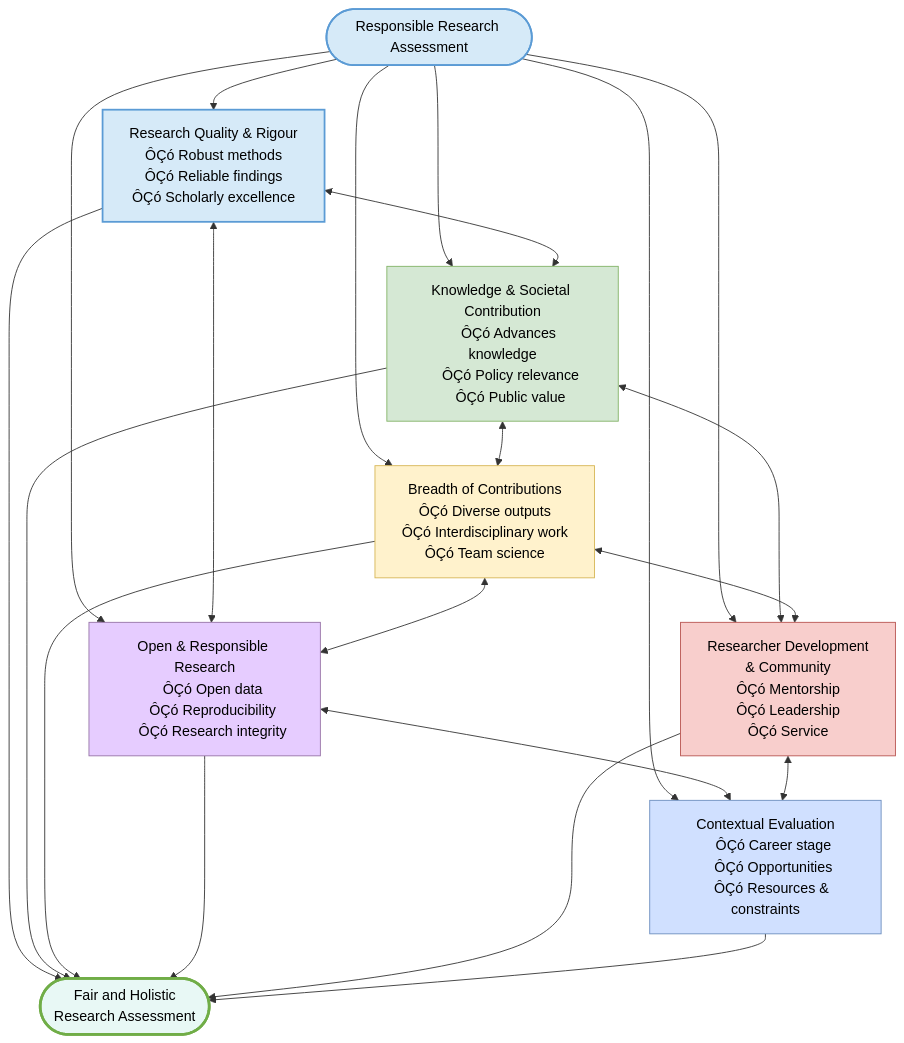
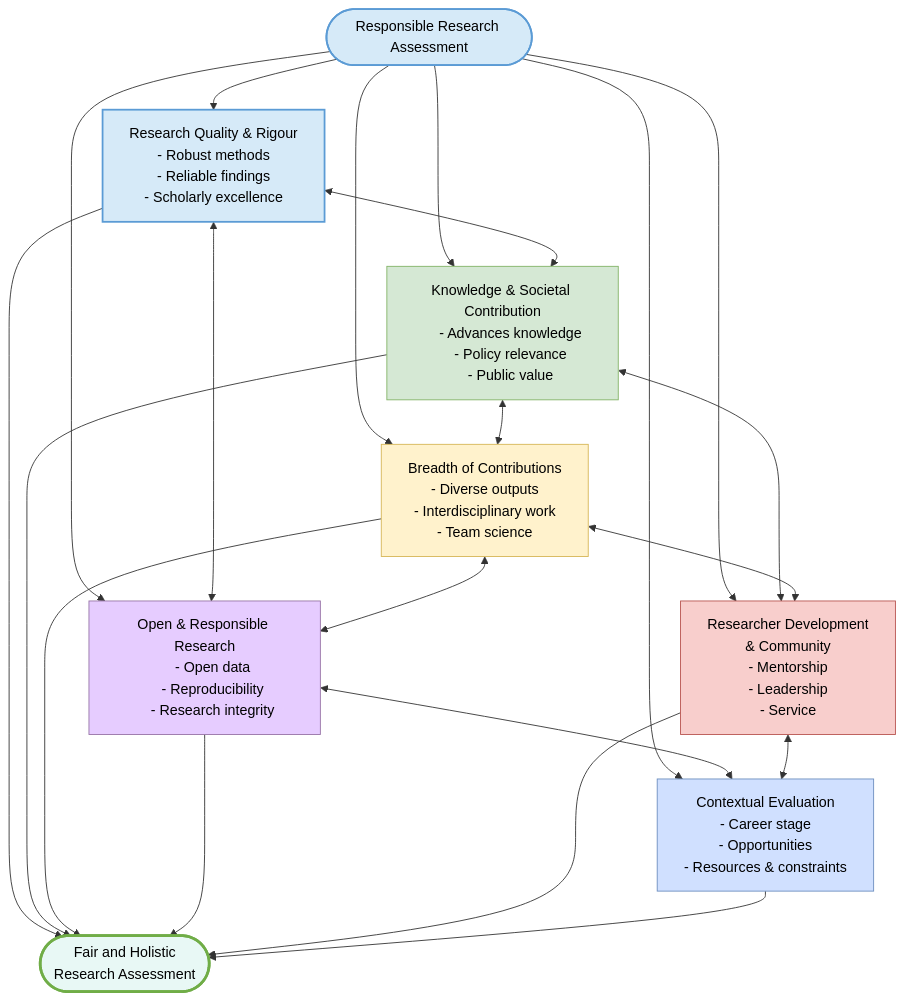
One commit to Digital-Future-Institute/CoARA changed the second of 3 diagrams in 6.1-Research-Assessment-Reform-Guidance-for-Research-Evaluators.md. Above: the diagram before and after it, drawn with Mermaid. The commit also changed other lines of this file and 50 other files, not shown here.

```diff
--- a/6.1-Research-Assessment-Reform-Guidance-for-Research-Evaluators.md
+++ b/6.1-Research-Assessment-Reform-Guidance-for-Research-Evaluators.md
@@ -131,35 +131,35 @@
     A([Responsible Research Assessment])
 
     B["Research Quality & Rigour
-    ÔÇó Robust methods
-    ÔÇó Reliable findings
-    ÔÇó Scholarly excellence"]
+    - Robust methods
+    - Reliable findings
+    - Scholarly excellence"]
 
     C["Knowledge & Societal Contribution
-    ÔÇó Advances knowledge
-    ÔÇó Policy relevance
-    ÔÇó Public value"]
+    - Advances knowledge
+    - Policy relevance
+    - Public value"]
 
     D["Breadth of Contributions
-    ÔÇó Diverse outputs
-    ÔÇó Interdisciplinary work
-    ÔÇó Team science"]
+    - Diverse outputs
+    - Interdisciplinary work
+    - Team science"]
 
     E["Open & Responsible Research
-    ÔÇó Open data
-    ÔÇó Reproducibility
-    ÔÇó Research integrity"]
+    - Open data
+    - Reproducibility
+    - Research integrity"]
 
     F["Researcher Development
     & Community
-    ÔÇó Mentorship
-    ÔÇó Leadership
-    ÔÇó Service"]
+    - Mentorship
+    - Leadership
+    - Service"]
 
     G["Contextual Evaluation
-    ÔÇó Career stage
-    ÔÇó Opportunities
-    ÔÇó Resources & constraints"]
+    - Career stage
+    - Opportunities
+    - Resources & constraints"]
 
     H([Fair and Holistic
     Research Assessment])
```
